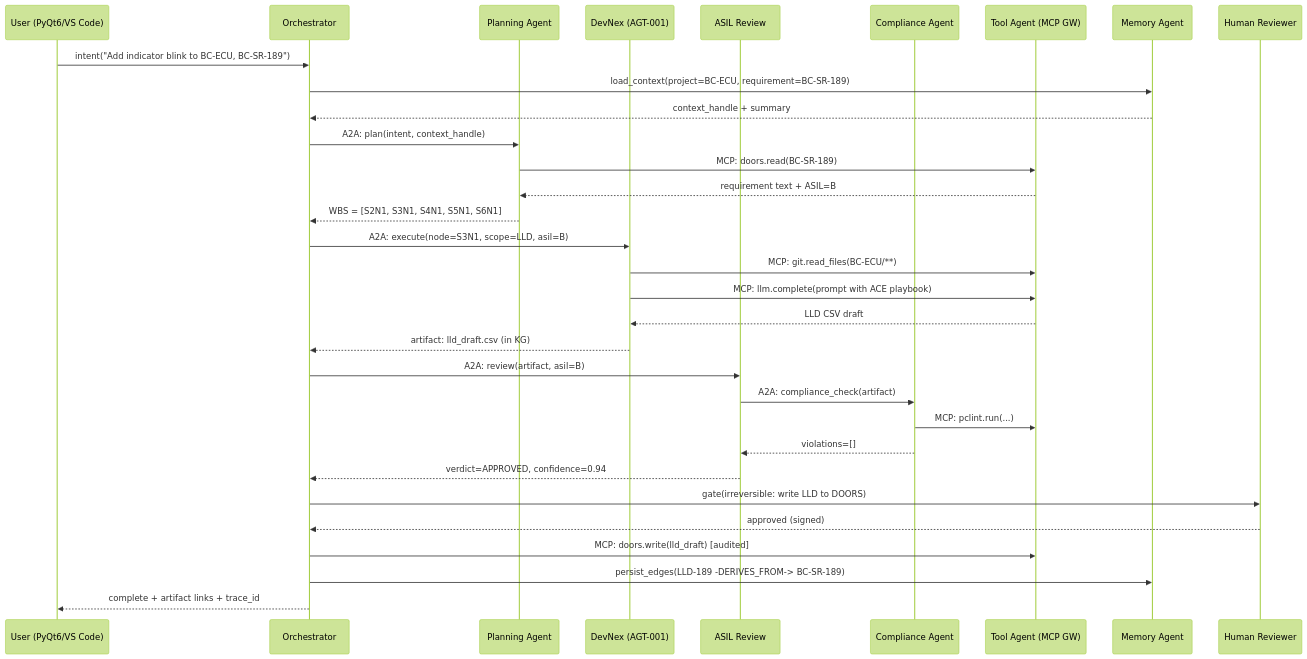
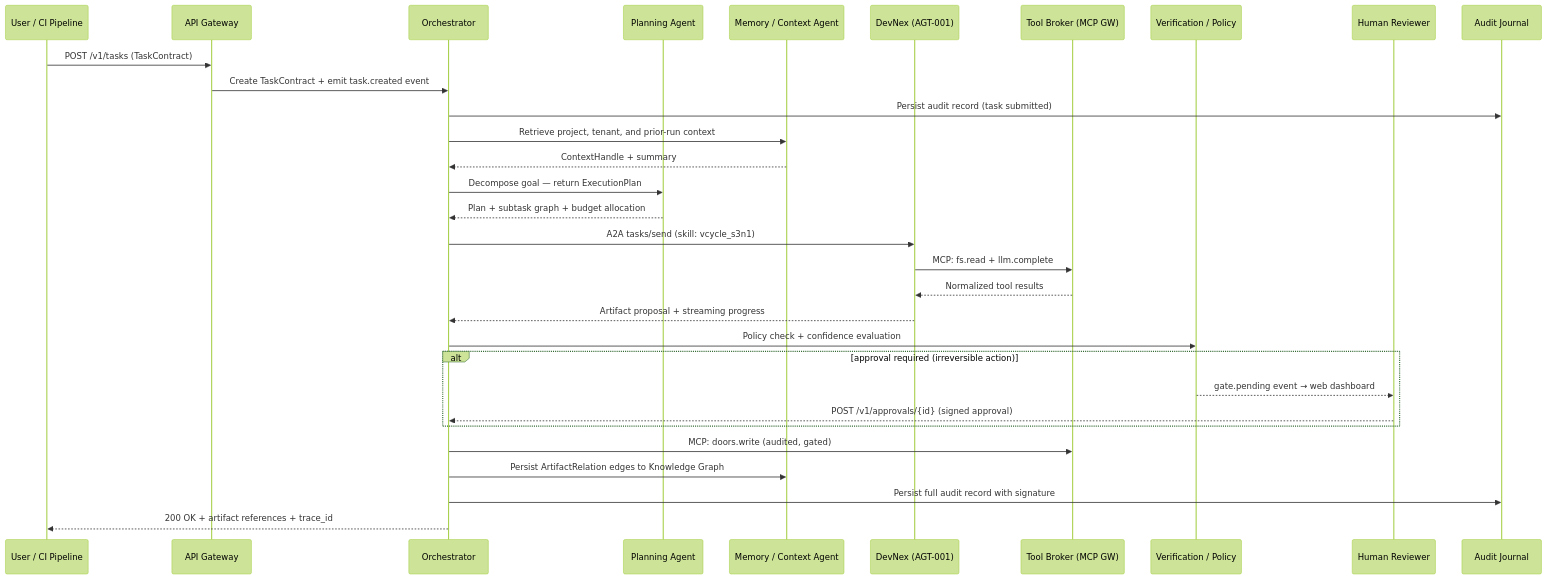
Before and after one commit to malaaibr/C.I.P.H.E.R.: the fourth of 7 diagrams in docs/CIPHER_archi.md, drawn with Mermaid (forest theme). The commit also changed other lines of this file, not shown here.

First line of the commit message:
[docs]: update CIPHER architecture markdown to match current repo structure

````diff
--- a/docs/CIPHER_archi.md
+++ b/docs/CIPHER_archi.md
@@ -472,35 +576,34 @@
 ```mermaid
 sequenceDiagram
-    participant U as User (PyQt6/VS Code)
+    participant U as User / CI Pipeline
+    participant G as API Gateway
     participant O as Orchestrator
     participant P as Planning Agent
-    participant D as DevNex (AGT-001)
-    participant R as ASIL Review
-    participant C as Compliance Agent
-    participant T as Tool Agent (MCP GW)
-    participant M as Memory Agent
+    participant M as Memory / Context Agent
+    participant A as DevNex (AGT-001)
+    participant T as Tool Broker (MCP GW)
+    participant V as Verification / Policy
     participant H as Human Reviewer
+    participant J as Audit Journal
 
-    U->>O: intent("Add indicator blink to BC-ECU, BC-SR-189")
-    O->>M: load_context(project=BC-ECU, requirement=BC-SR-189)
-    M-->>O: context_handle + summary
-    O->>P: A2A: plan(intent, context_handle)
-    P->>T: MCP: doors.read(BC-SR-189)
-    T-->>P: requirement text + ASIL=B
-    P-->>O: WBS = [S2N1, S3N1, S4N1, S5N1, S6N1]
-    O->>D: A2A: execute(node=S3N1, scope=LLD, asil=B)
-    D->>T: MCP: git.read_files(BC-ECU/**)
-    D->>T: MCP: llm.complete(prompt with ACE playbook)
-    T-->>D: LLD CSV draft
-    D-->>O: artifact: lld_draft.csv (in KG)
-    O->>R: A2A: review(artifact, asil=B)
-    R->>C: A2A: compliance_check(artifact)
-    C->>T: MCP: pclint.run(...)
-    C-->>R: violations=[]
-    R-->>O: verdict=APPROVED, confidence=0.94
-    O->>H: gate(irreversible: write LLD to DOORS)
-    H-->>O: approved (signed)
-    O->>T: MCP: doors.write(lld_draft) [audited]
-    O->>M: persist_edges(LLD-189 -DERIVES_FROM-> BC-SR-189)
-    O-->>U: complete + artifact links + trace_id
+    U->>G: POST /v1/tasks (TaskContract)
+    G->>O: Create TaskContract + emit task.created event
+    O->>J: Persist audit record (task submitted)
+    O->>M: Retrieve project, tenant, and prior-run context
+    M-->>O: ContextHandle + summary
+    O->>P: Decompose goal — return ExecutionPlan
+    P-->>O: Plan + subtask graph + budget allocation
+    O->>A: A2A tasks/send (skill: vcycle_s3n1)
+    A->>T: MCP: fs.read + llm.complete
+    T-->>A: Normalized tool results
+    A-->>O: Artifact proposal + streaming progress
+    O->>V: Policy check + confidence evaluation
+    alt approval required (irreversible action)
+        V-->>H: gate.pending event → web dashboard
+        H-->>O: POST /v1/approvals/{id} (signed approval)
+    end
+    O->>T: MCP: doors.write (audited, gated)
+    O->>M: Persist ArtifactRelation edges to Knowledge Graph
+    O->>J: Persist full audit record with signature
+    O-->>U: 200 OK + artifact references + trace_id
 ```
````
